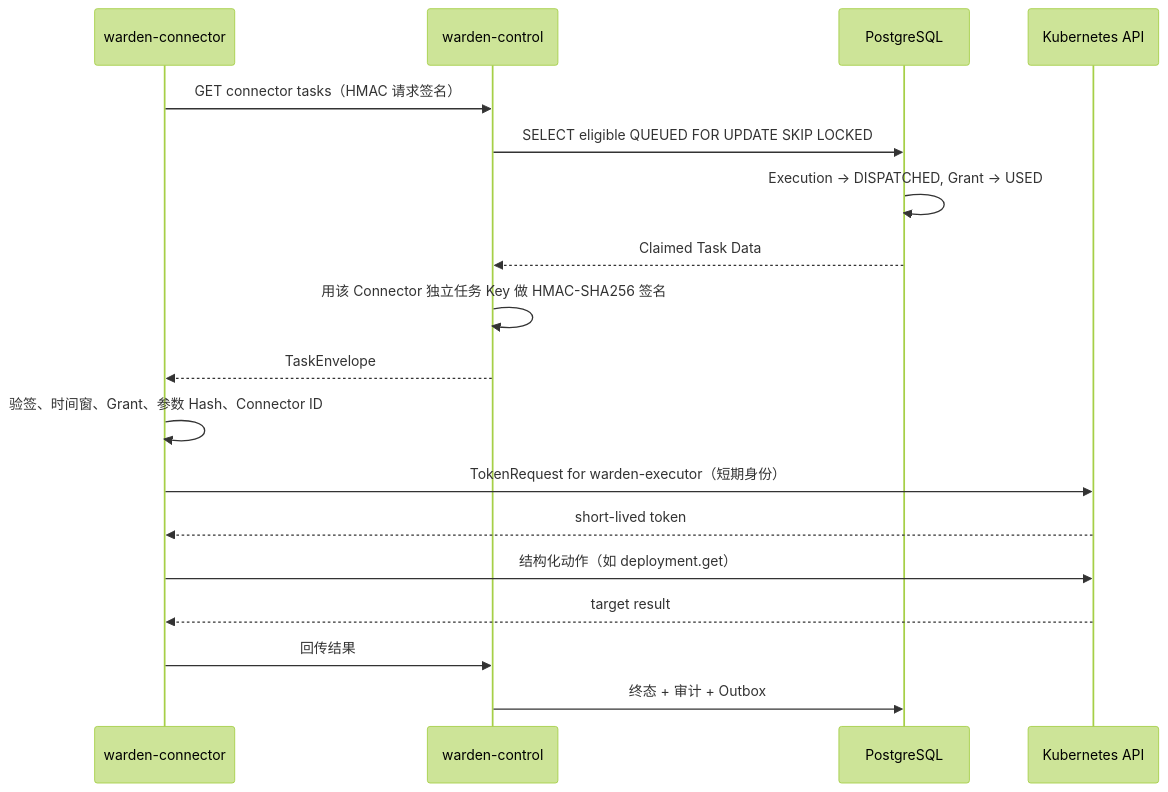
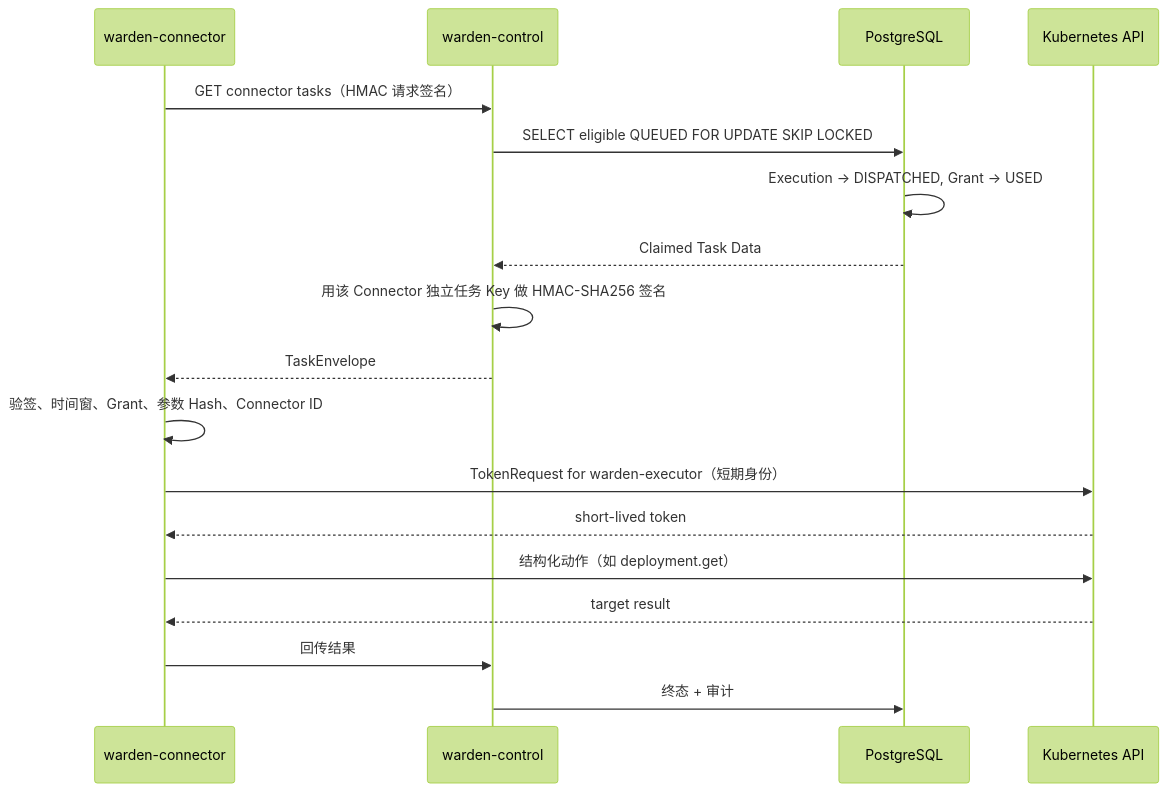
Before and after one commit to warden-platform/warden: the third of 4 diagrams in docs/architecture.md, drawn with Mermaid (forest theme). The commit also changed other lines of this file and 16 other files, not shown here.

````diff
--- a/docs/architecture.md
+++ b/docs/architecture.md
@@ -166,21 +166,21 @@
 ```mermaid
 sequenceDiagram
     participant C as warden-connector
     participant A as warden-control
     participant D as PostgreSQL
     participant K as Kubernetes API
 
     C->>A: GET connector tasks（HMAC 请求签名）
     A->>D: SELECT eligible QUEUED FOR UPDATE SKIP LOCKED
     D->>D: Execution -> DISPATCHED, Grant -> USED
     D-->>A: Claimed Task Data
     A->>A: 用该 Connector 独立任务 Key 做 HMAC-SHA256 签名
     A-->>C: TaskEnvelope
     C->>C: 验签、时间窗、Grant、参数 Hash、Connector ID
     C->>K: TokenRequest for warden-executor（短期身份）
     K-->>C: short-lived token
     C->>K: 结构化动作（如 deployment.get）
     K-->>C: target result
     C->>A: 回传结果
-    A->>D: 终态 + 审计 + Outbox
+    A->>D: 终态 + 审计
 ```
````
